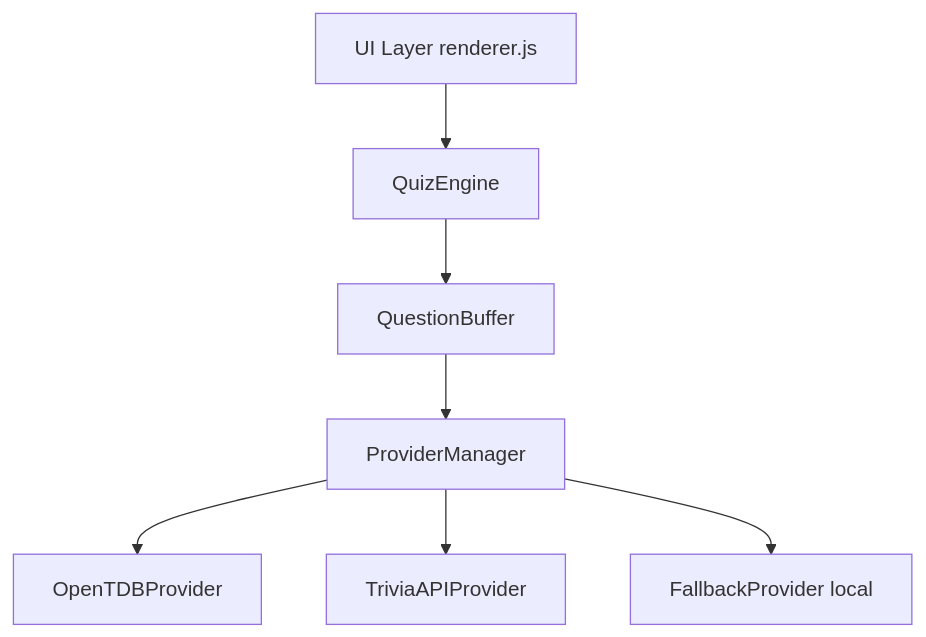
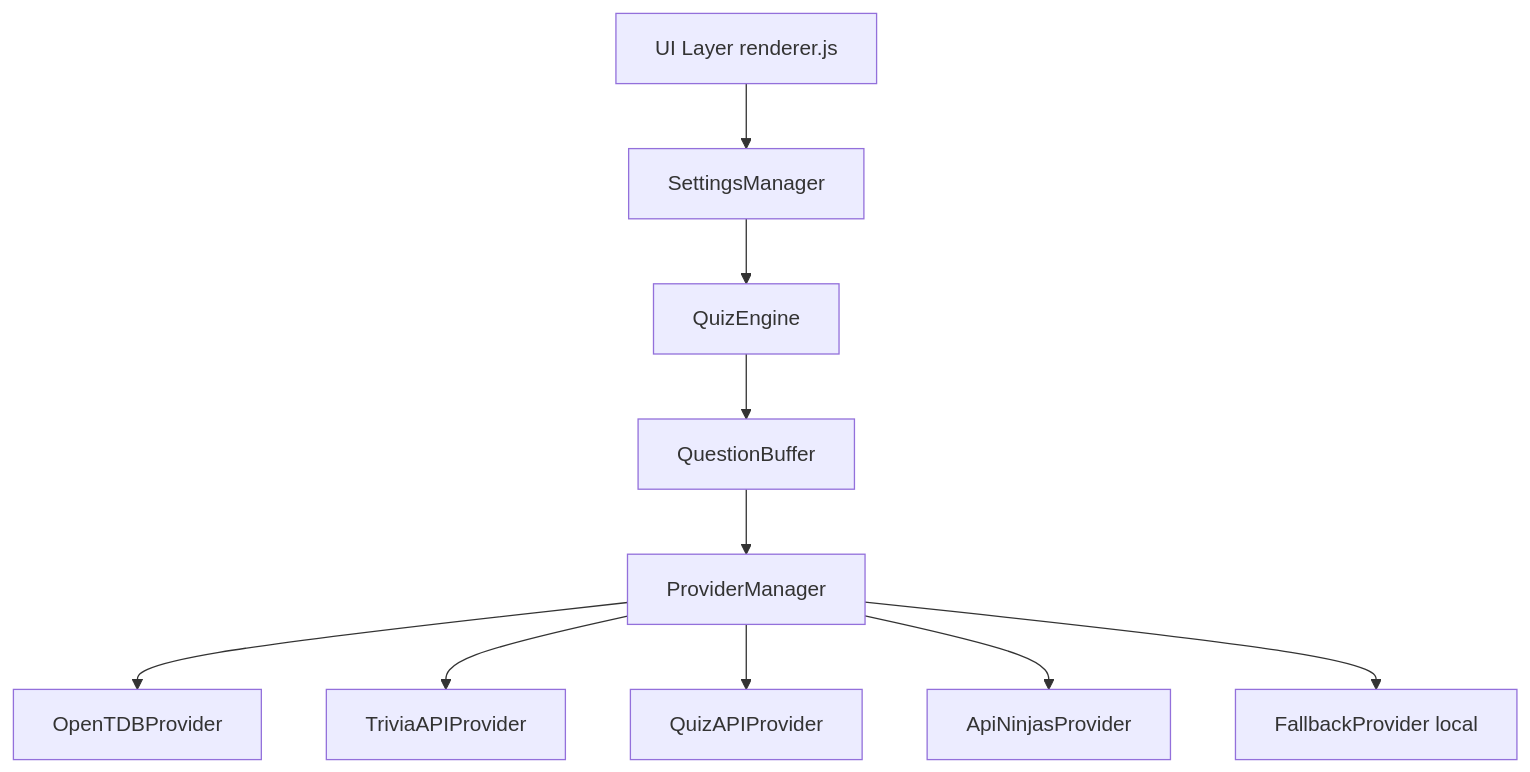
One commit to Ashishsri2018/quiz-sphere changed the diagram in architecture.md. Above: the diagram before and after it, drawn with Mermaid. The commit also changed other lines of this file and 21 other files, not shown here.

````diff
--- a/architecture.md
+++ b/architecture.md
@@ -6,9 +6,12 @@
 ```mermaid
 graph TD
-    UI[UI Layer renderer.js] --> QE[QuizEngine]
+    UI[UI Layer renderer.js] --> SM[SettingsManager]
+    SM --> QE[QuizEngine]
     QE --> QB[QuestionBuffer]
     QB --> PM[ProviderManager]
     PM --> OP[OpenTDBProvider]
     PM --> TP[TriviaAPIProvider]
+    PM --> QA[QuizAPIProvider]
+    PM --> AN[ApiNinjasProvider]
     PM --> FP[FallbackProvider local]
 ```
````
